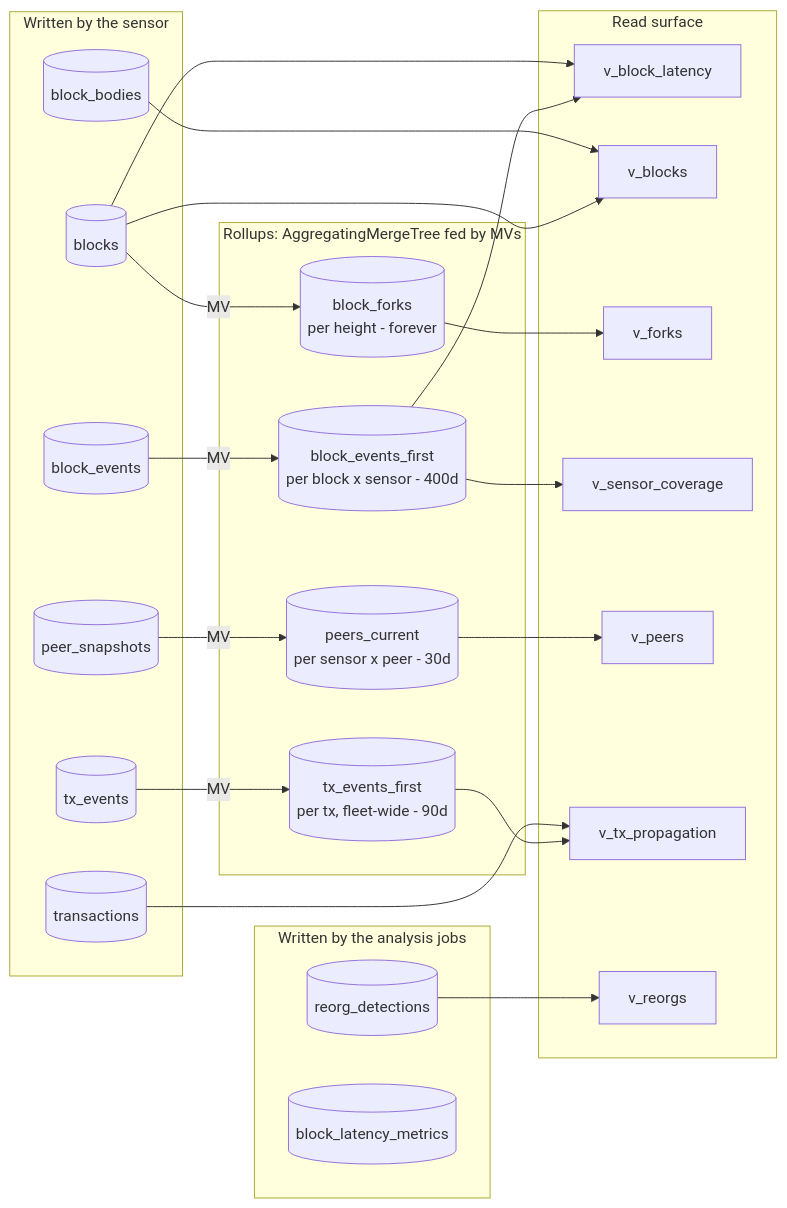
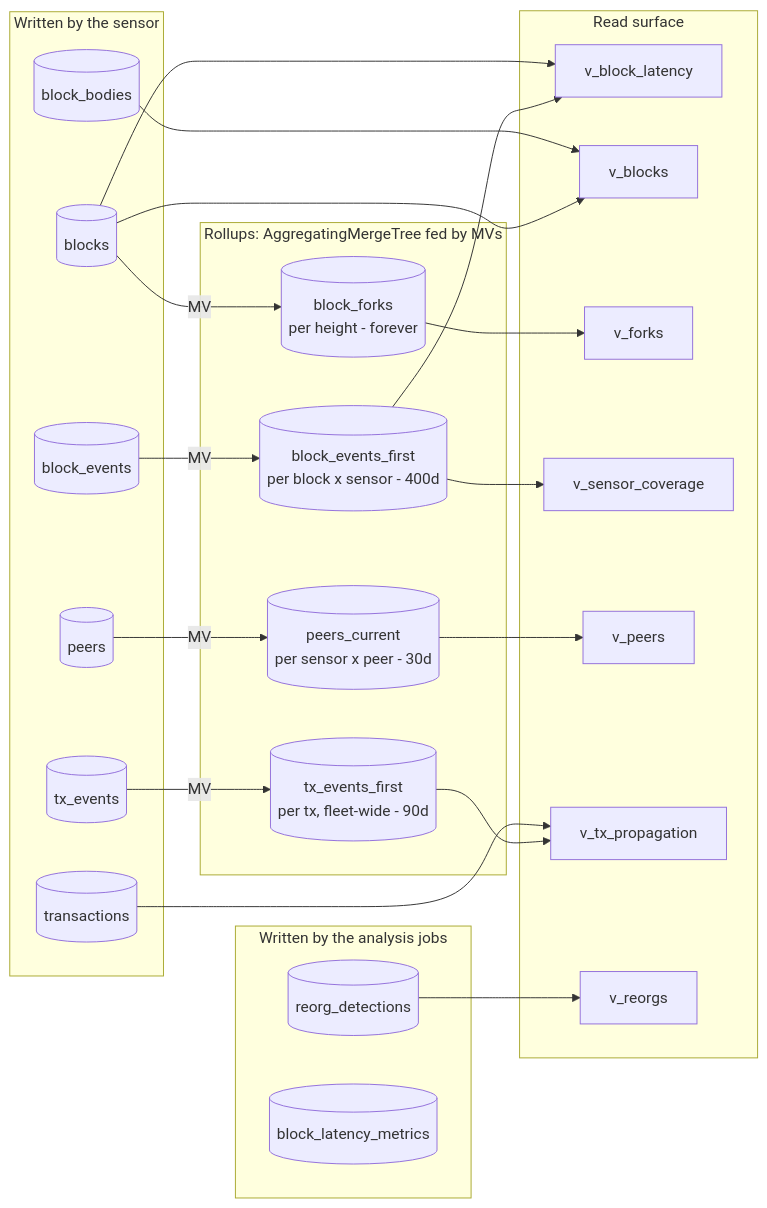
The second of 3 diagrams in cmd/p2p/sensor/clickhouse.md (0xPolygon/polygon-cli), drawn with Mermaid before and after one commit. The commit also changed other lines of this file and 2 other files, not shown here.

First line of the commit message:
refactor(p2p/sensor): rename peer_snapshots to peers, stop writing unused fields

````diff
--- a/cmd/p2p/sensor/clickhouse.md
+++ b/cmd/p2p/sensor/clickhouse.md
@@ -185,53 +188,53 @@
 ```mermaid
 flowchart LR
     subgraph sensor["Written by the sensor"]
         BS[(block_events)]
         TS[(tx_events)]
-        PS[(peer_snapshots)]
+        PS[(peers)]
         BL[(blocks)]
         BB[(block_bodies)]
         TX[(transactions)]
     end
 
     subgraph jobs["Written by the analysis jobs"]
         RD[(reorg_detections)]
         BLM[(block_latency_metrics)]
     end
 
     subgraph rollups["Rollups: AggregatingMergeTree fed by MVs"]
         BSF[("block_events_first
         per block x sensor - 400d")]
         TSF[("tx_events_first
         per tx, fleet-wide - 90d")]
         BF[("block_forks
         per height - forever")]
         PC[("peers_current
         per sensor x peer - 30d")]
     end
 
     subgraph views["Read surface"]
         VBL[v_block_latency]
         VB[v_blocks]
         VF[v_forks]
         VSC[v_sensor_coverage]
         VP[v_peers]
         VTP[v_tx_propagation]
         VR[v_reorgs]
     end
 
     BS -->|MV| BSF
     TS -->|MV| TSF
     BL -->|MV| BF
     PS -->|MV| PC
 
     BSF --> VBL
     BL --> VBL
     BSF --> VSC
     BF --> VF
     PC --> VP
     TSF --> VTP
     TX --> VTP
     BL --> VB
     BB --> VB
     RD --> VR
 ```
````
